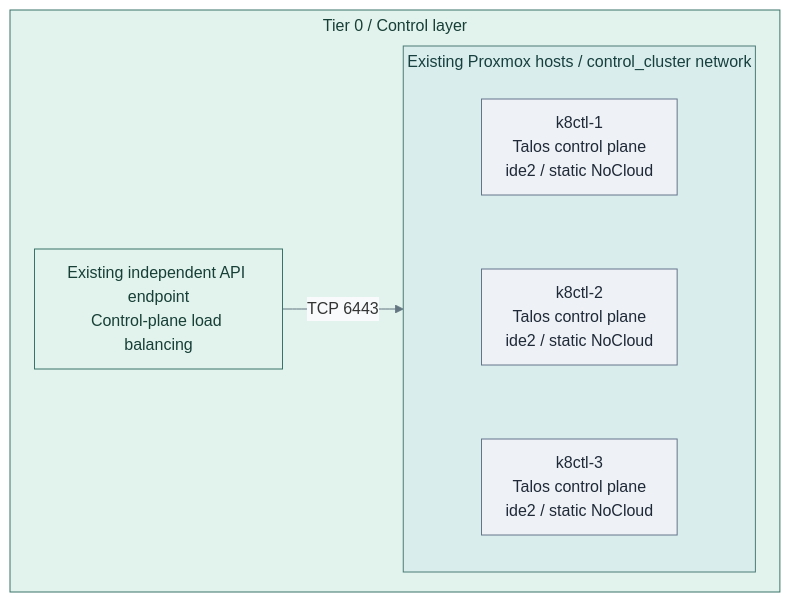
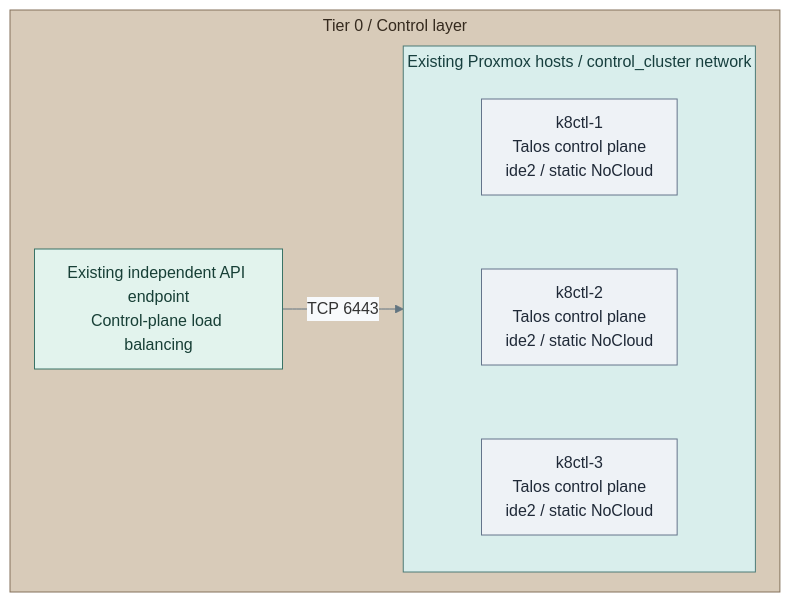
Before and after one commit to Rexus/homelab: the first of 3 diagrams in docs/03-deployment/stage-4-kubernetes/README.md, drawn with Mermaid. The commit also changed other lines of this file and 108 other files, not shown here.

Commit message:
docs(diagrams): unify visual language and opening views

````diff
--- a/docs/03-deployment/stage-4-kubernetes/README.md
+++ b/docs/03-deployment/stage-4-kubernetes/README.md
@@ -9,23 +9,25 @@
 ```mermaid
 %%{init: {"theme":"base","flowchart":{"nodeSpacing":20,"rankSpacing":24,"padding":12,"subGraphTitleMargin":{"top":4,"bottom":12}},"themeVariables":{"lineColor":"#627581","edgeLabelBackground":"#f8fafc"}}}%%
 flowchart TB
   subgraph T0["Tier 0 / Control layer"]
     direction LR
     subgraph PVE["Existing Proxmox hosts / control_cluster network"]
       direction TB
       CP1["k8ctl-1<br/>Talos control plane<br/>ide2 / static NoCloud"]
       CP2["k8ctl-2<br/>Talos control plane<br/>ide2 / static NoCloud"]
       CP3["k8ctl-3<br/>Talos control plane<br/>ide2 / static NoCloud"]
       CP1 ~~~ CP2 ~~~ CP3
     end
     API["Existing independent API endpoint<br/>Control-plane load balancing"]
     API -->|TCP 6443| PVE
   end
   classDef default fill:#f8fafc,stroke:#64748b,color:#1f2937
   classDef boundary fill:#eef2f6,stroke:#64748b,color:#1f2937
   classDef control fill:#e2f3ed,stroke:#397366,color:#173f36
   classDef runtime fill:#d9eeec,stroke:#4d7b77,color:#173f3e
-  class T0,API control
+  class API control
   class PVE runtime
   class CP1,CP2,CP3 boundary
+  classDef tier0 fill:#d8cbb9,stroke:#83715a,color:#352a1e
+  class T0 tier0
 ```
````
